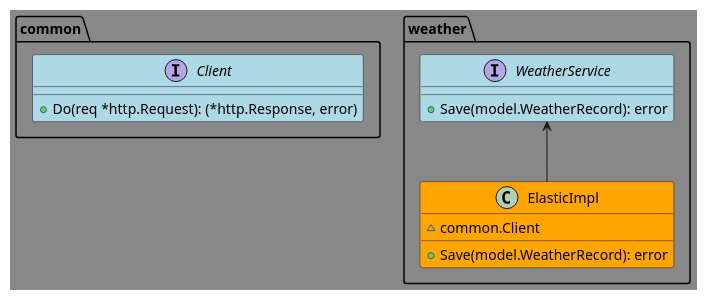
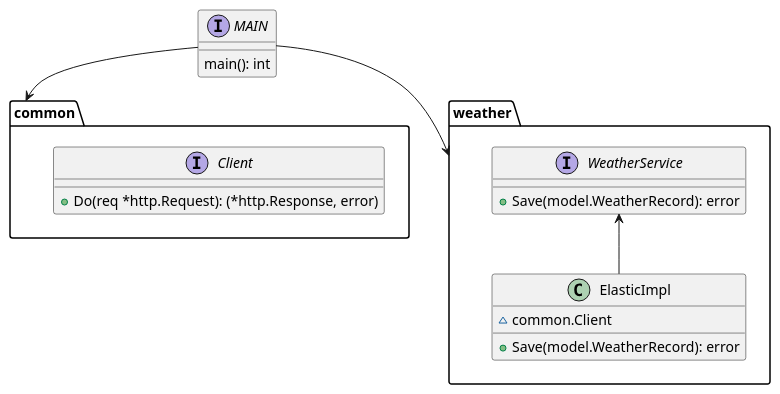
The diagram in docs/classes.puml (james-cathcart/indoor-weather-server), drawn with PlantUML before and after one commit. The commit also changed 11 other files, not shown here.

```diff
--- a/docs/classes.puml
+++ b/docs/classes.puml
@@ -1,25 +1,26 @@
 @startuml
 'https://plantuml.com/class-diagram
 
-skinparam {
-    backgroundColor #888
-    classBackgroundColor #Orange
+interface MAIN {
+    main(): int
 }
 
-interface common.Client #LightBlue {
+interface common.Client {
     +Do(req *http.Request): (*http.Response, error)
 }
 
-interface weather.WeatherService #LightBlue {
+interface weather.WeatherService {
     +Save(model.WeatherRecord): error
 }
 
 class weather.ElasticImpl {
     ~common.Client
     +Save(model.WeatherRecord): error
 }
 
+MAIN --> weather
+MAIN --> common
 WeatherService <-- ElasticImpl
 
 
 @enduml
```
